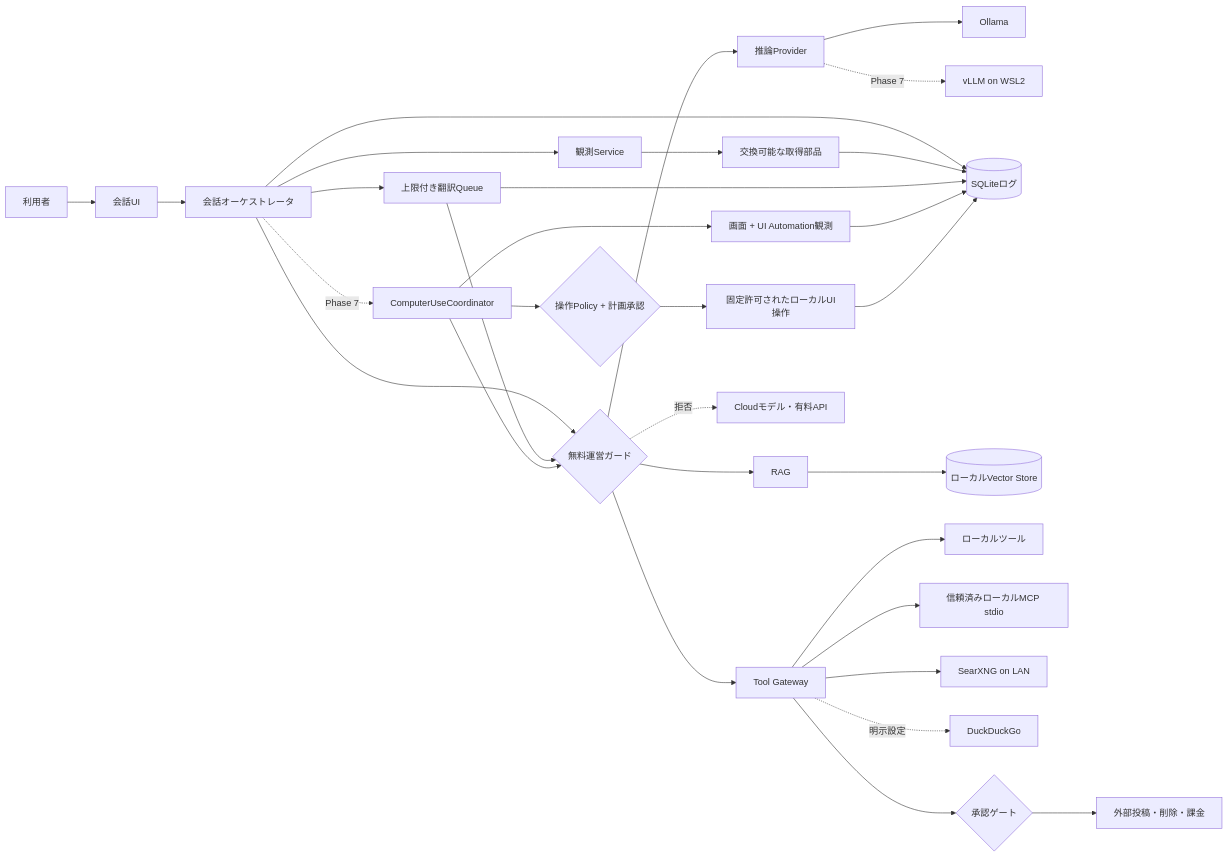
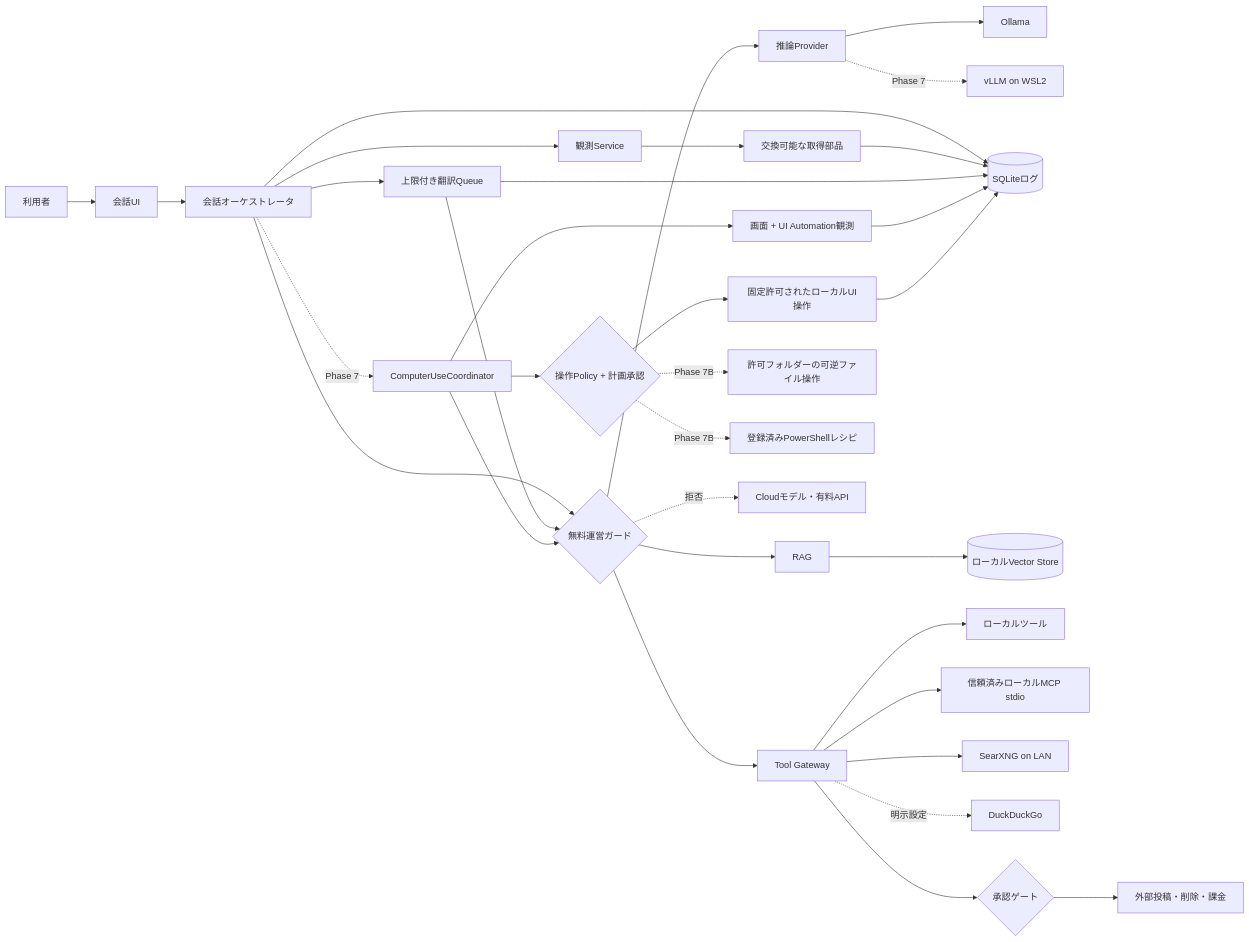
Before and after one commit to mama-116/local-ai-workbench-starter: the diagram in docs/ARCHITECTURE.md, drawn with Mermaid. The commit also changed other lines of this file and 4 other files, not shown here.

````diff
--- a/docs/ARCHITECTURE.md
+++ b/docs/ARCHITECTURE.md
@@ -7,33 +7,35 @@
 ```mermaid
 flowchart LR
     U[利用者] --> UI[会話UI]
     UI --> O[会話オーケストレータ]
     O --> F{無料運営ガード}
     F --> P[推論Provider]
     P --> OL[Ollama]
     P -. Phase 7 .-> VL[vLLM on WSL2]
     O --> DB[(SQLiteログ)]
     O --> M[観測Service]
     M --> COL[交換可能な取得部品]
     COL --> DB
     O --> Q[上限付き翻訳Queue]
     Q --> F
     Q --> DB
     F --> R[RAG]
     R --> V[(ローカルVector Store)]
     F --> T[Tool Gateway]
     T --> L[ローカルツール]
     T --> MCP[信頼済みローカルMCP stdio]
     T --> S[SearXNG on LAN]
     T -. 明示設定 .-> D[DuckDuckGo]
     T --> A{承認ゲート}
     A --> X[外部投稿・削除・課金]
     O -. Phase 7 .-> CU[ComputerUseCoordinator]
     CU --> F
     CU --> OBS[画面 + UI Automation観測]
     CU --> CAP{操作Policy + 計画承認}
     CAP --> ACT[固定許可されたローカルUI操作]
+    CAP -. Phase 7B .-> FOP[許可フォルダーの可逆ファイル操作]
+    CAP -. Phase 7B .-> PSP[登録済みPowerShellレシピ]
     OBS --> DB
     ACT --> DB
     F -. 拒否 .-> CLD[Cloudモデル・有料API]
 ```
````
